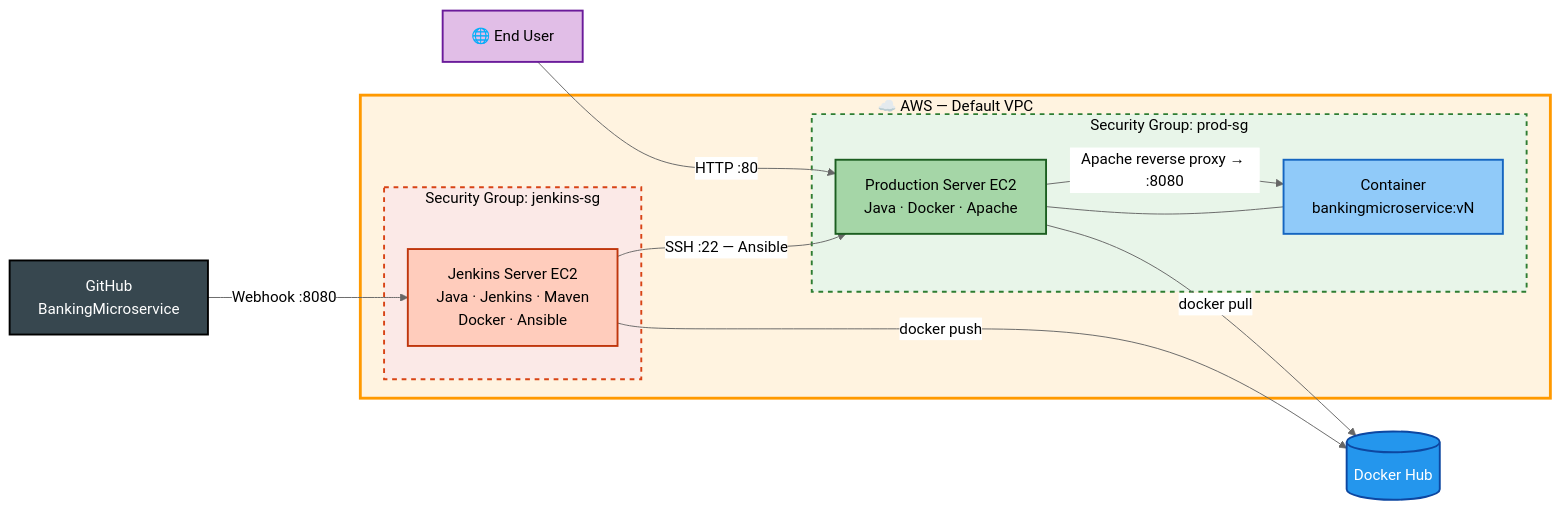
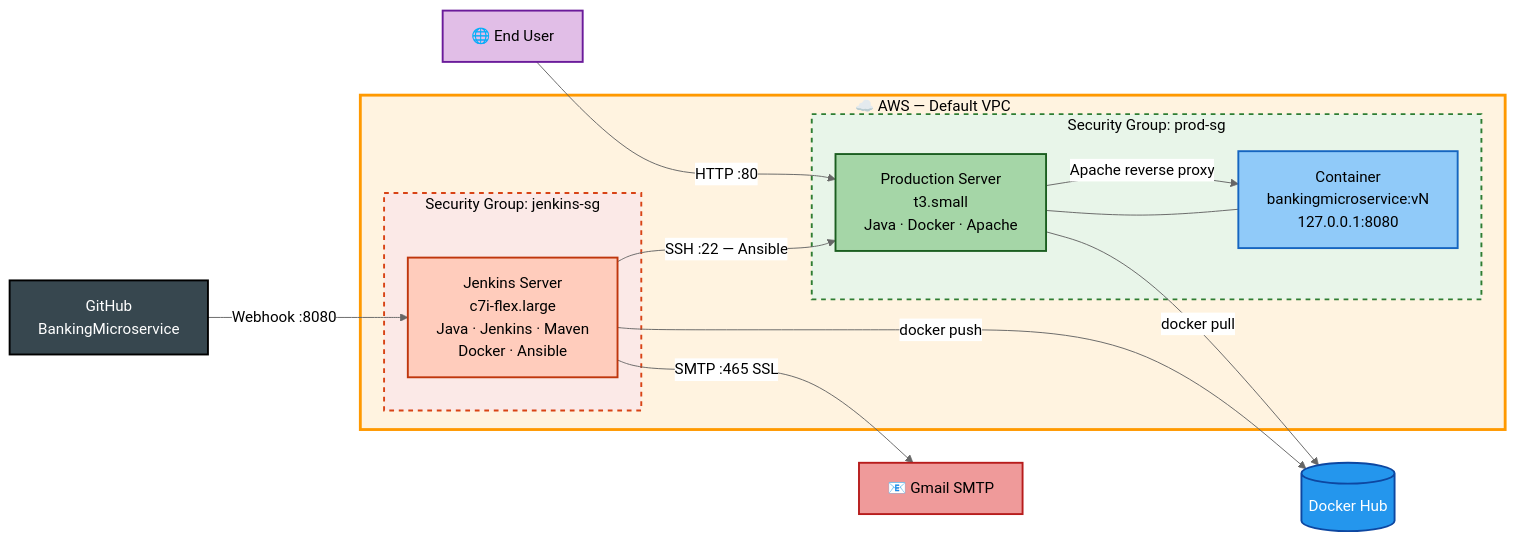
One commit to glenpagesr-dev/BankingMicroservice changed the second of 3 diagrams in README.md. Above: the diagram before and after it, drawn with Mermaid (neutral theme). The commit also changed other lines of this file, not shown here.

````diff
--- a/README.md
+++ b/README.md
@@ -145,40 +147,44 @@
 ```mermaid
 flowchart LR
     GH[GitHub<br/>BankingMicroservice] -->|Webhook :8080| JS
     DH[(Docker Hub)]
+    GM[📧 Gmail SMTP]
 
     subgraph AWS["☁️ AWS — Default VPC"]
         subgraph SG1["Security Group: jenkins-sg"]
-            JS[Jenkins Server EC2<br/>Java · Jenkins · Maven<br/>Docker · Ansible]
+            JS[Jenkins Server<br/>c7i-flex.large<br/>Java · Jenkins · Maven<br/>Docker · Ansible]
         end
         subgraph SG2["Security Group: prod-sg"]
-            PS[Production Server EC2<br/>Java · Docker · Apache]
-            APP[Container<br/>bankingmicroservice:vN]
+            PS[Production Server<br/>t3.small<br/>Java · Docker · Apache]
+            APP[Container<br/>bankingmicroservice:vN<br/>127.0.0.1:8080]
             PS --- APP
         end
     end
 
     JS -->|docker push| DH
+    JS -->|SMTP :465 SSL| GM
     JS -->|SSH :22 — Ansible| PS
     PS -->|docker pull| DH
     USER[🌐 End User] -->|HTTP :80| PS
-    PS -->|Apache reverse proxy → :8080| APP
+    PS -->|Apache reverse proxy| APP
 
     classDef github fill:#37474f,stroke:#000,stroke-width:2px,color:#fff
     classDef hub fill:#2496ed,stroke:#0d47a1,stroke-width:2px,color:#fff
+    classDef mail fill:#ef9a9a,stroke:#b71c1c,stroke-width:2px,color:#000
     classDef jenkins fill:#ffccbc,stroke:#bf360c,stroke-width:2px,color:#000
     classDef prod fill:#a5d6a7,stroke:#1b5e20,stroke-width:2px,color:#000
     classDef container fill:#90caf9,stroke:#1565c0,stroke-width:2px,color:#000
     classDef user fill:#e1bee7,stroke:#6a1b9a,stroke-width:2px,color:#000
 
     class GH github
     class DH hub
+    class GM mail
     class JS jenkins
     class PS prod
     class APP container
     class USER user
 
     style AWS fill:#fff3e0,stroke:#ff9900,stroke-width:3px,color:#000
     style SG1 fill:#fbe9e7,stroke:#d84315,stroke-width:2px,stroke-dasharray:5 5,color:#000
     style SG2 fill:#e8f5e9,stroke:#2e7d32,stroke-width:2px,stroke-dasharray:5 5,color:#000
 ```
````
